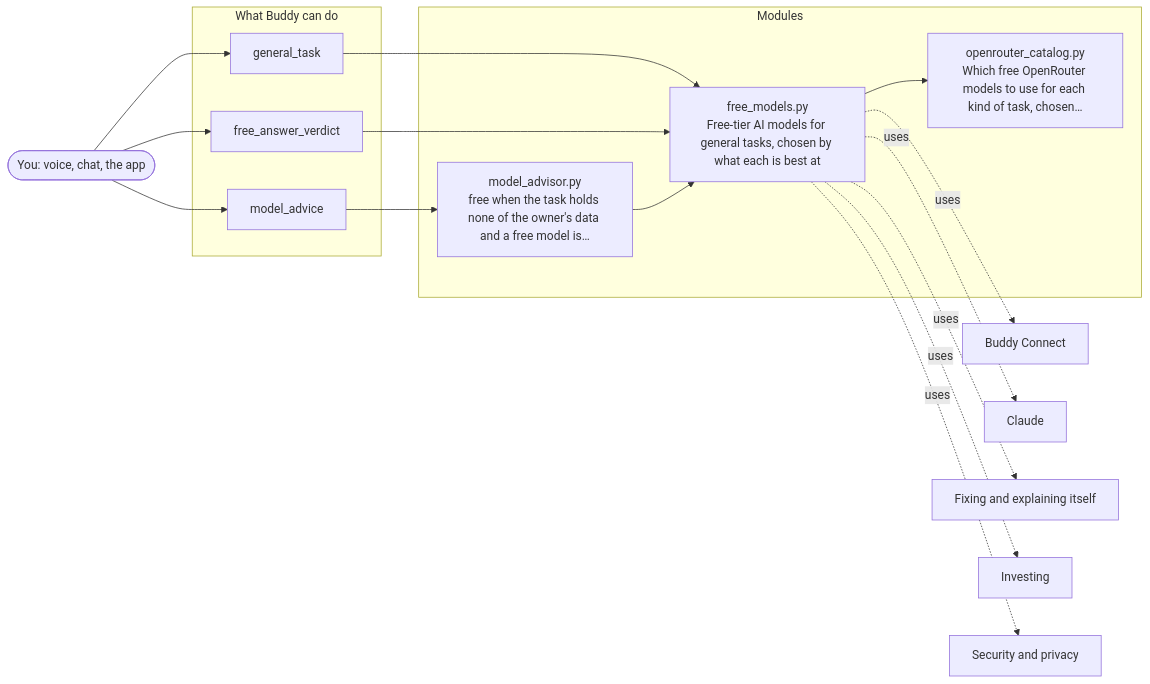
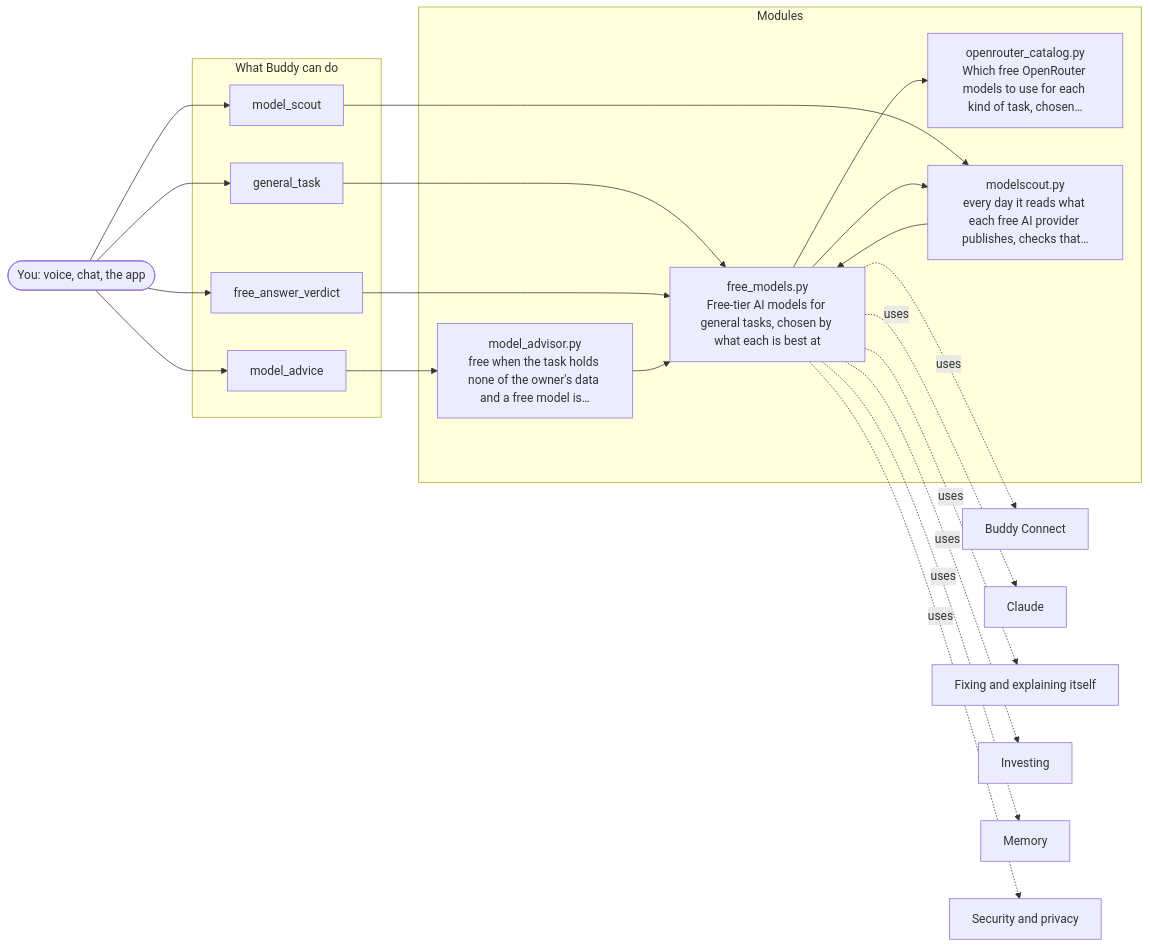
One commit to aneesh304810/BuddyAgent changed the diagram in docs/architecture/02-free-ai-models.md. Above: the diagram before and after it, drawn with Mermaid. The commit also changed other lines of this file and 14 other files, not shown here.

First line of the commit message:
Model scout: free AI providers checked daily and switched to a working model

````diff
--- a/docs/architecture/02-free-ai-models.md
+++ b/docs/architecture/02-free-ai-models.md
@@ -7,32 +7,40 @@
 ```mermaid
 flowchart LR
     you(["You: voice, chat, the app"])
     subgraph Tools["What Buddy can do"]
         t_general_task["general_task"]
         t_free_answer_verdict["free_answer_verdict"]
+        t_model_scout["model_scout"]
         t_model_advice["model_advice"]
     end
     subgraph Modules["Modules"]
         free_models_py["free_models.py<br/>Free-tier AI models for general tasks, chosen by what each is best at"]
         openrouter_catalog_py["openrouter_catalog.py<br/>Which free OpenRouter models to use for each kind of task, chosen…"]
+        modelscout_py["modelscout.py<br/>every day it reads what each free AI provider publishes, checks that…"]
         model_advisor_py["model_advisor.py<br/>free when the task holds none of the owner's data and a free model is…"]
     end
     you --> t_general_task
     t_general_task --> free_models_py
     you --> t_free_answer_verdict
     t_free_answer_verdict --> free_models_py
+    you --> t_model_scout
+    t_model_scout --> modelscout_py
     you --> t_model_advice
     t_model_advice --> model_advisor_py
+    free_models_py --> modelscout_py
     free_models_py --> openrouter_catalog_py
+    modelscout_py --> free_models_py
     model_advisor_py --> free_models_py
     o_0["Buddy Connect"]
     free_models_py -. uses .-> o_0
     o_1["Claude"]
     free_models_py -. uses .-> o_1
     o_2["Fixing and explaining itself"]
     free_models_py -. uses .-> o_2
     o_3["Investing"]
     free_models_py -. uses .-> o_3
-    o_4["Security and privacy"]
+    o_4["Memory"]
     free_models_py -. uses .-> o_4
+    o_5["Security and privacy"]
+    free_models_py -. uses .-> o_5
 ```
````
